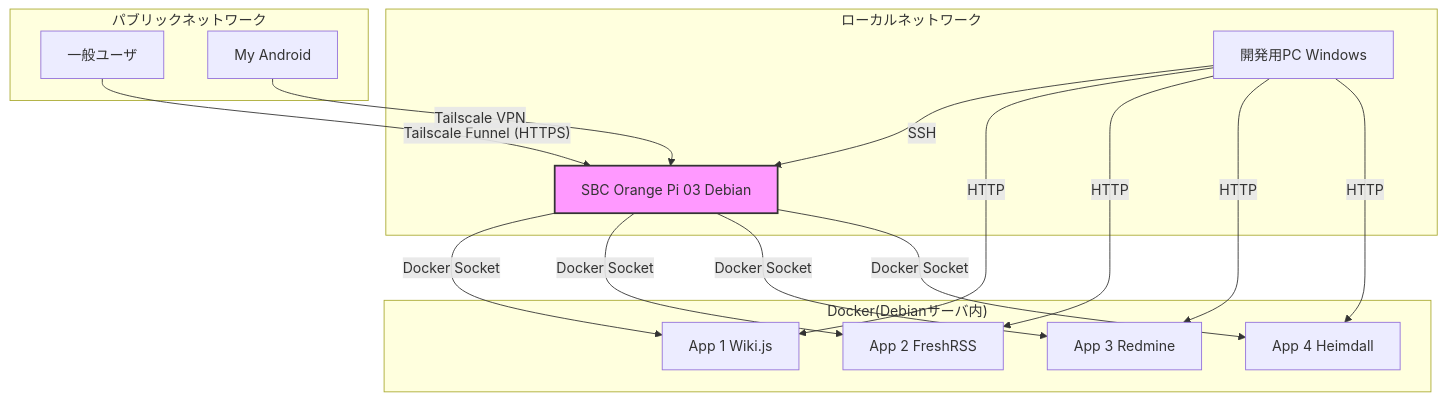
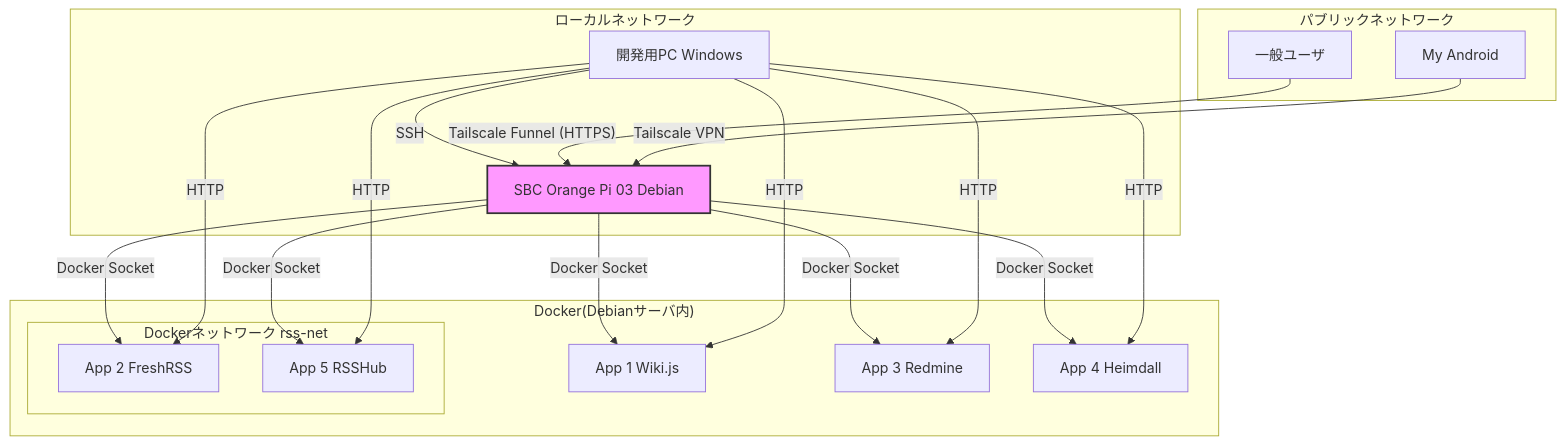
The first of 2 diagrams in README.md (qack-dev/homelab), drawn with Mermaid before and after one commit. The commit also changed other lines of this file, not shown here.

````diff
--- a/README.md
+++ b/README.md
@@ -20,29 +20,34 @@
 ```mermaid
 graph TD
     subgraph "パブリックネットワーク"
         J[一般ユーザ]
         K[My Android]
     end
     subgraph "ローカルネットワーク"
         A[開発用PC Windows]
         B[SBC Orange Pi 03 Debian]
     end
     subgraph "Docker(Debianサーバ内)"
         D[App 1 Wiki.js]
-        E[App 2 FreshRSS]
         F[App 3 Redmine]
         G[App 4 Heimdall]
+        subgraph "Dockerネットワーク rss-net"
+            E[App 2 FreshRSS]
+            H[App 5 RSSHub]
+        end
     end
     A -- SSH --> B
     B -- Docker Socket --> D
     B -- Docker Socket --> E
     B -- Docker Socket --> F
     B -- Docker Socket --> G
+    B -- Docker Socket --> H
     A -- HTTP --> D
     A -- HTTP --> E
     A -- HTTP --> F
     A -- HTTP --> G
+    A -- HTTP --> H
     J -- Tailscale Funnel (HTTPS) --> B
     K -- Tailscale VPN --> B
     style B fill:#f9f,stroke:#333,stroke-width:2px
 ```
````
